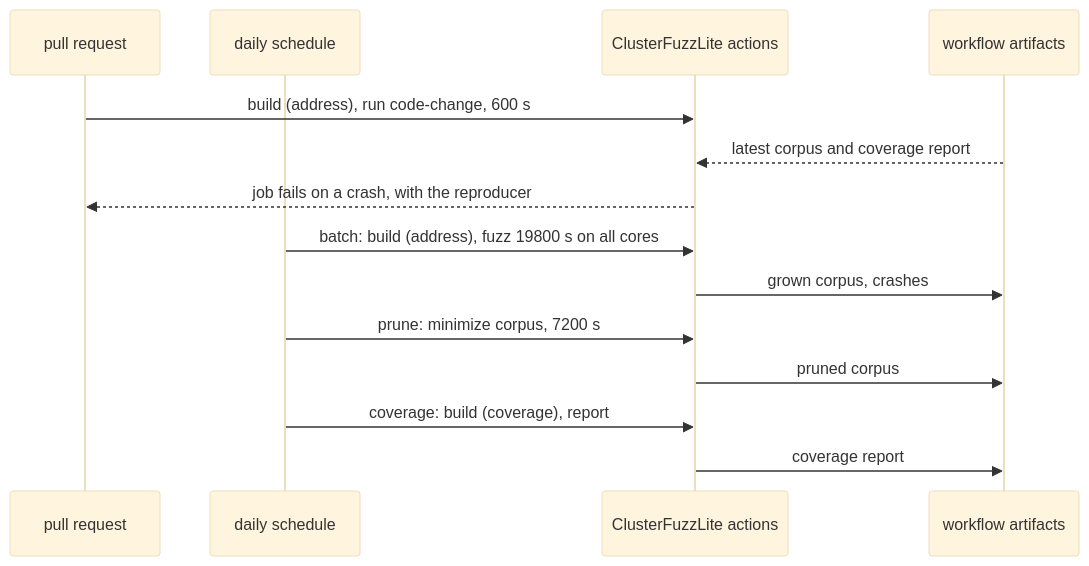
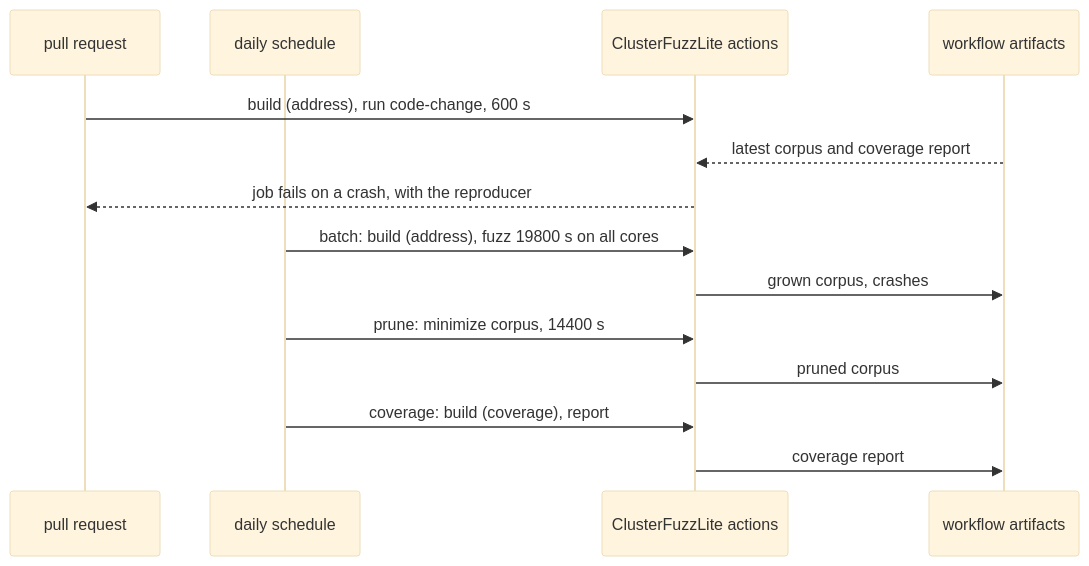
The fifth of 5 diagrams in architecture/ci.md (M-Compressors/mbrotli), drawn with Mermaid (base theme) before and after one commit. The commit also changed other lines of this file and 2 other files, not shown here.

Commit message:
Inc prune timeout

````diff
--- a/architecture/ci.md
+++ b/architecture/ci.md
@@ -206,16 +206,16 @@
 ```mermaid
 sequenceDiagram
     participant PR as pull request
     participant Cron as daily schedule
     participant CF as ClusterFuzzLite actions
     participant Store as workflow artifacts
     PR->>CF: build (address), run code-change, 600 s
     Store-->>CF: latest corpus and coverage report
     CF-->>PR: job fails on a crash, with the reproducer
     Cron->>CF: batch: build (address), fuzz 19800 s on all cores
     CF->>Store: grown corpus, crashes
-    Cron->>CF: prune: minimize corpus, 7200 s
+    Cron->>CF: prune: minimize corpus, 14400 s
     CF->>Store: pruned corpus
     Cron->>CF: coverage: build (coverage), report
     CF->>Store: coverage report
 ```
````
